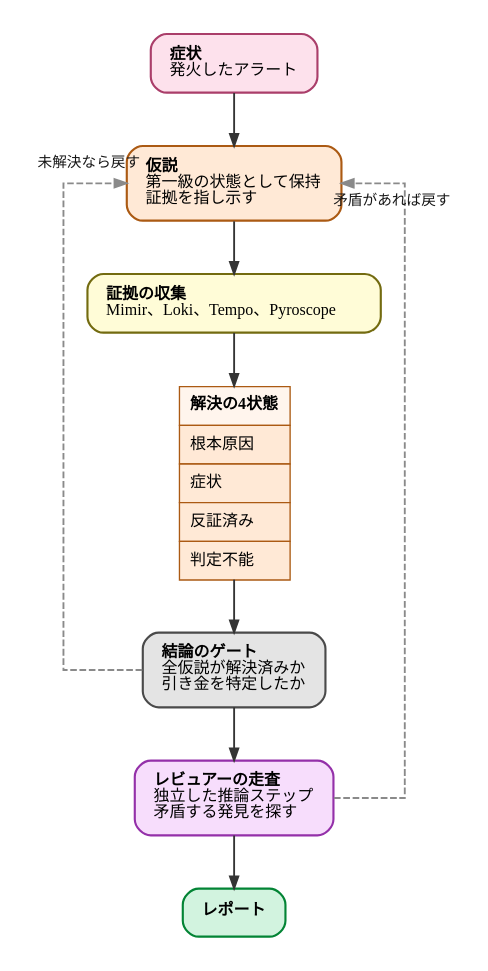
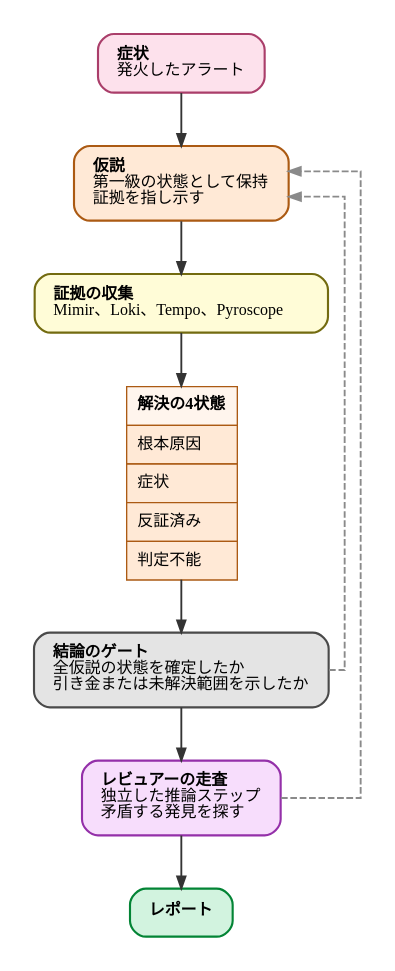
The diagram in diagrams/20261002-what-made-agents-better/20261002-harness-gates.dot (ymotongpoo/zenn.dev), drawn with Graphviz before and after one commit. The commit also changed 9 other files, not shown here.

First line of the commit message:
fix(articles): 第三者査読で挙がった致命的な指摘を反映し図3を作り直す

```diff
--- a/diagrams/20261002-what-made-agents-better/20261002-harness-gates.dot
+++ b/diagrams/20261002-what-made-agents-better/20261002-harness-gates.dot
@@ -1,75 +1,82 @@
-// 記事「測ってみたら、モデルではなかった」用。
+// 記事「品質を動かしたのはツールとプロンプトだった」用。
 // ハーネスのゲート。仮説が4つの状態のいずれかに解決され、
 // レビュアーの走査を通るまでレポートは書けない。
 // 「リマインダーはコンテキストの圧力で弱まるが、コードパスは弱まらない」を図にする。
+//
+// 差し戻しの2本には headlabel を付けない。仮説ノードの枠に文字が乗るため
+// （査読 R-12。check_overlaps.py では検出されずPNGの目視で判明）。
+// 2本の意味の違いはキャプションで宣言する。
+// ゲートは「引き金または未解決範囲」を要求する。原文が
+// "the trigger ... or an explicit unresolved boundary" と書いており、
+// 引き金を特定できない結論も許しているため（査読 R-11）。
 digraph harness_gates {
   graph [
     fontname="IBM Plex Sans JP", fontsize=13,
     rankdir=TB,
     compound=true, splines=ortho,
     nodesep=0.4, ranksep=0.55, pad=0.25,
     bgcolor="white", newrank=true
   ];
   node [
     fontname="IBM Plex Sans JP", fontsize=12,
     shape=box, style="rounded,filled",
     fillcolor="#F1F1F1", color="#4A4A4A", penwidth=1.6,
     margin="0.2,0.14"
   ];
   edge [
     fontname="IBM Plex Sans JP", fontsize=11,
     color="#343434", penwidth=1.4, arrowsize=0.9,
     fontcolor="#171717"
   ];
 
   symptoms [
     fillcolor="#FDE1EC", color="#AA3E6A",
     label=<<b>症状</b><br align="left"/>発火したアラート<br align="left"/>>
   ];
 
   hypotheses [
     fillcolor="#FFE9D6", color="#AB5A13",
     label=<<b>仮説</b><br align="left"/>第一級の状態として保持<br align="left"/>証拠を指し示す<br align="left"/>>
   ];
 
   evidence [
     fillcolor="#FFFCD7", color="#736B10",
     label=<<b>証拠の収集</b><br align="left"/>Mimir、Loki、Tempo、Pyroscope<br align="left"/>>
   ];
 
   resolved [
     shape=plain, style="",
     label=<
       <table border="0" cellborder="1" cellspacing="0" cellpadding="7" color="#AB5A13">
         <tr><td align="left" bgcolor="#FFF5ED"><b>解決の4状態</b></td></tr>
         <tr><td align="left" bgcolor="#FFE9D6">根本原因</td></tr>
         <tr><td align="left" bgcolor="#FFE9D6">症状</td></tr>
         <tr><td align="left" bgcolor="#FFE9D6">反証済み</td></tr>
         <tr><td align="left" bgcolor="#FFE9D6">判定不能</td></tr>
       </table>>
   ];
 
   gate [
     fillcolor="#E4E4E4", color="#4A4A4A",
-    label=<<b>結論のゲート</b><br align="left"/>全仮説が解決済みか<br align="left"/>引き金を特定したか<br align="left"/>>
+    label=<<b>結論のゲート</b><br align="left"/>全仮説の状態を確定したか<br align="left"/>引き金または未解決範囲を示したか<br align="left"/>>
   ];
 
   reviewer [
     fillcolor="#F7DDFC", color="#9430A9",
     label=<<b>レビュアーの走査</b><br align="left"/>独立した推論ステップ<br align="left"/>矛盾する発見を探す<br align="left"/>>
   ];
 
   report [
     fillcolor="#D2F3DF", color="#038435",
     label=<<b>レポート</b>>
   ];
 
   symptoms -> hypotheses;
   hypotheses -> evidence;
   evidence -> resolved;
   resolved -> gate;
   gate -> reviewer;
   reviewer -> report;
-  gate -> hypotheses [style=dashed, color="#8A8A8A", constraint=false, headlabel="未解決なら戻す ", labeldistance=3.2, labelangle=-28];
-  reviewer -> hypotheses [style=dashed, color="#8A8A8A", constraint=false, headlabel="矛盾があれば戻す ", labeldistance=4.0, labelangle=-20];
+  gate -> hypotheses [style=dashed, color="#8A8A8A", constraint=false];
+  reviewer -> hypotheses [style=dashed, color="#8A8A8A", constraint=false];
 }
```
